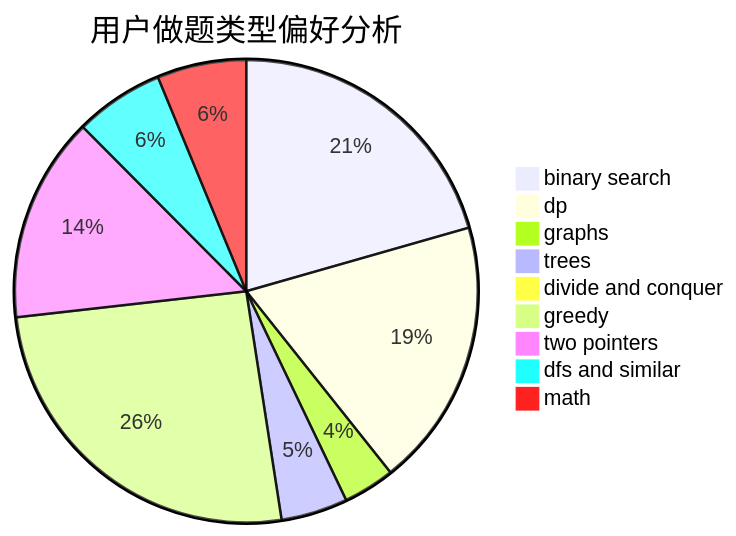
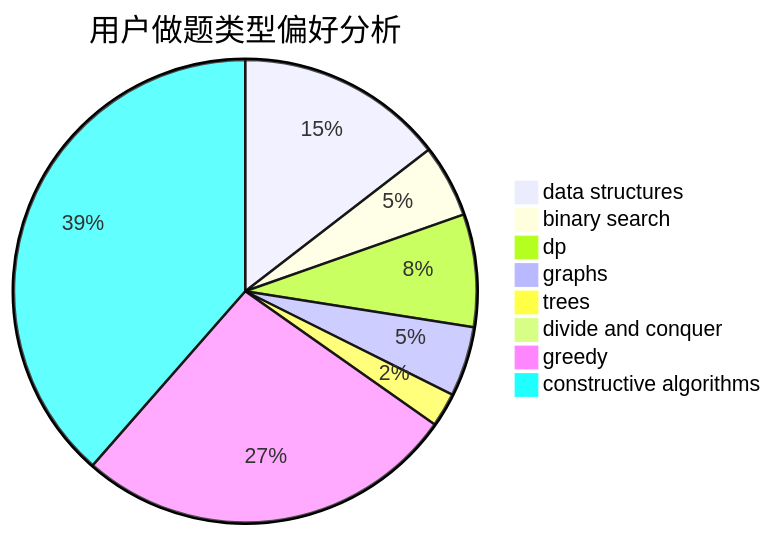
The second of 3 diagrams in docs/user/u1167.md (sherpahu/cfrs.github.io), drawn with Mermaid before and after one commit. The commit also changed other lines of this file and 2775 other files, not shown here.

````diff
--- a/docs/user/u1167.md
+++ b/docs/user/u1167.md
@@ -23,12 +23,11 @@
 ```mermaid
 pie title 用户做题类型偏好分析
-    "binary search" :  446
-    "dp" :  406
-    "graphs" :  78
-    "trees" :  101
-    "divide and conquer" :  3
-    "greedy" :  556
-    "two pointers" :  311
-    "dfs and similar" :  135
-    "math" :  135
+    "data structures" :  146
+    "binary search" :  51
+    "dp" :  79
+    "graphs" :  49
+    "trees" :  24
+    "divide and conquer" :  0
+    "greedy" :  268
+    "constructive algorithms" :  387
 ```
````
